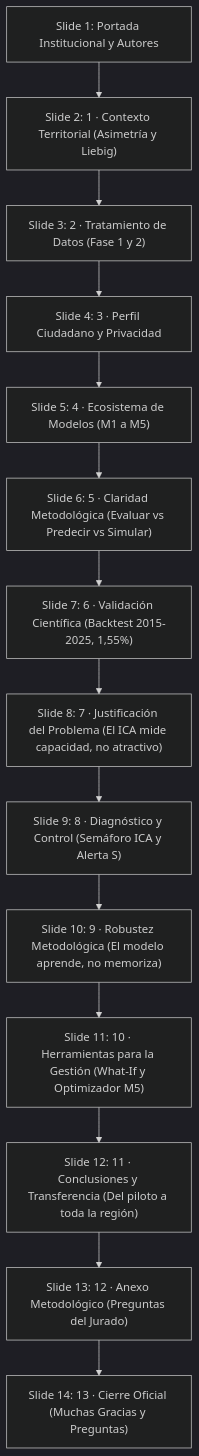
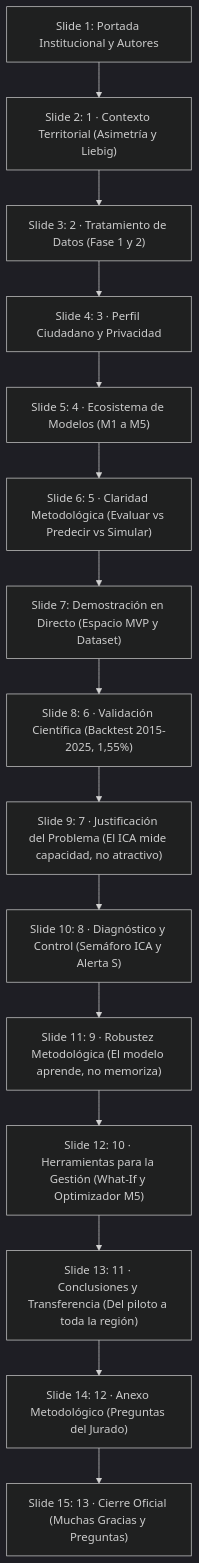
Before and after one commit to AlejandroCuntin/DatathonLodCoreMadrid: the diagram in docs/PRESENTACION_DATATHON_10MIN.md, drawn with Mermaid (dark theme). The commit also changed other lines of this file and 1 other file, not shown here.

Commit message:
docs(presentacion): anade diapositiva 7 de espacio para MVP y Dataset certificado

````diff
--- a/docs/PRESENTACION_DATATHON_10MIN.md
+++ b/docs/PRESENTACION_DATATHON_10MIN.md
@@ -14,16 +14,17 @@
 ```mermaid
 flowchart TD
     S1["Slide 1: Portada Institucional y Autores"] --> S2["Slide 2: 1 · Contexto Territorial (Asimetría y Liebig)"]
     S2 --> S3["Slide 3: 2 · Tratamiento de Datos (Fase 1 y 2)"]
     S3 --> S4["Slide 4: 3 · Perfil Ciudadano y Privacidad"]
     S4 --> S5["Slide 5: 4 · Ecosistema de Modelos (M1 a M5)"]
     S5 --> S6["Slide 6: 5 · Claridad Metodológica (Evaluar vs Predecir vs Simular)"]
-    S6 --> S7["Slide 7: 6 · Validación Científica (Backtest 2015-2025, 1,55%)"]
-    S7 --> S8["Slide 8: 7 · Justificación del Problema (El ICA mide capacidad, no atractivo)"]
-    S8 --> S9["Slide 9: 8 · Diagnóstico y Control (Semáforo ICA y Alerta S)"]
-    S9 --> S10["Slide 10: 9 · Robustez Metodológica (El modelo aprende, no memoriza)"]
-    S10 --> S11["Slide 11: 10 · Herramientas para la Gestión (What-If y Optimizador M5)"]
-    S11 --> S12["Slide 12: 11 · Conclusiones y Transferencia (Del piloto a toda la región)"]
-    S12 --> S13["Slide 13: 12 · Anexo Metodológico (Preguntas del Jurado)"]
-    S13 --> S14["Slide 14: 13 · Cierre Oficial (Muchas Gracias y Preguntas)"]
+    S6 --> S7["Slide 7: Demostración en Directo (Espacio MVP y Dataset)"]
+    S7 --> S8["Slide 8: 6 · Validación Científica (Backtest 2015-2025, 1,55%)"]
+    S8 --> S9["Slide 9: 7 · Justificación del Problema (El ICA mide capacidad, no atractivo)"]
+    S9 --> S10["Slide 10: 8 · Diagnóstico y Control (Semáforo ICA y Alerta S)"]
+    S10 --> S11["Slide 11: 9 · Robustez Metodológica (El modelo aprende, no memoriza)"]
+    S11 --> S12["Slide 12: 10 · Herramientas para la Gestión (What-If y Optimizador M5)"]
+    S12 --> S13["Slide 13: 11 · Conclusiones y Transferencia (Del piloto a toda la región)"]
+    S13 --> S14["Slide 14: 12 · Anexo Metodológico (Preguntas del Jurado)"]
+    S14 --> S15["Slide 15: 13 · Cierre Oficial (Muchas Gracias y Preguntas)"]
 ```
````
